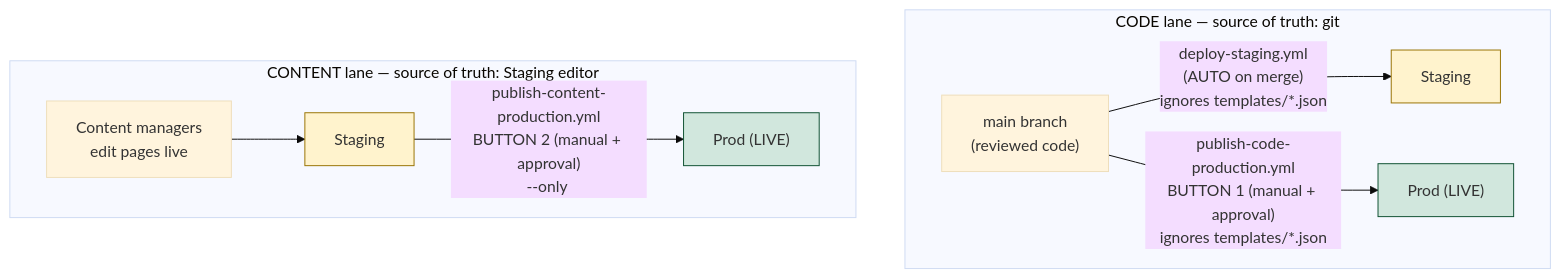
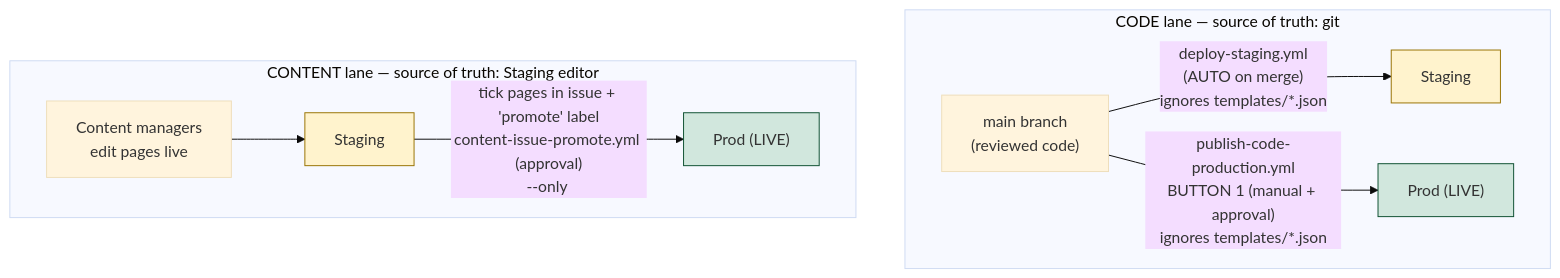
One commit to chinmaycoditas/skin-stylus-coditas changed the first of 2 diagrams in docs/THEME_CI_CD.md. Above: the diagram before and after it, drawn with Mermaid (base theme). The commit also changed other lines of this file, not shown here.

First line of the commit message:
Update CI/CD doc for issue-based content promotion

````diff
--- a/docs/THEME_CI_CD.md
+++ b/docs/THEME_CI_CD.md
@@ -30,20 +30,20 @@
 ```mermaid
 flowchart TB
     subgraph CODE["CODE lane — source of truth: git"]
         direction LR
         Git["main branch\n(reviewed code)"]
         Git -->|"deploy-staging.yml\n(AUTO on merge)\nignores templates/*.json"| StgC["Staging"]
         Git -->|"publish-code-production.yml\nBUTTON 1 (manual + approval)\nignores templates/*.json"| ProdC["Prod (LIVE)"]
     end
 
     subgraph CONTENT["CONTENT lane — source of truth: Staging editor"]
         direction LR
         Editor["Content managers\nedit pages live"] --> StgD["Staging"]
-        StgD -->|"publish-content-production.yml\nBUTTON 2 (manual + approval)\n--only <named pages>"| ProdD["Prod (LIVE)"]
+        StgD -->|"tick pages in issue + 'promote' label\ncontent-issue-promote.yml (approval)\n--only <ticked pages>"| ProdD["Prod (LIVE)"]
     end
 
     style ProdC fill:#d1e7dd,stroke:#0f5132
     style ProdD fill:#d1e7dd,stroke:#0f5132
     style StgC fill:#fff3cd,stroke:#997404
     style StgD fill:#fff3cd,stroke:#997404
 ```
````
